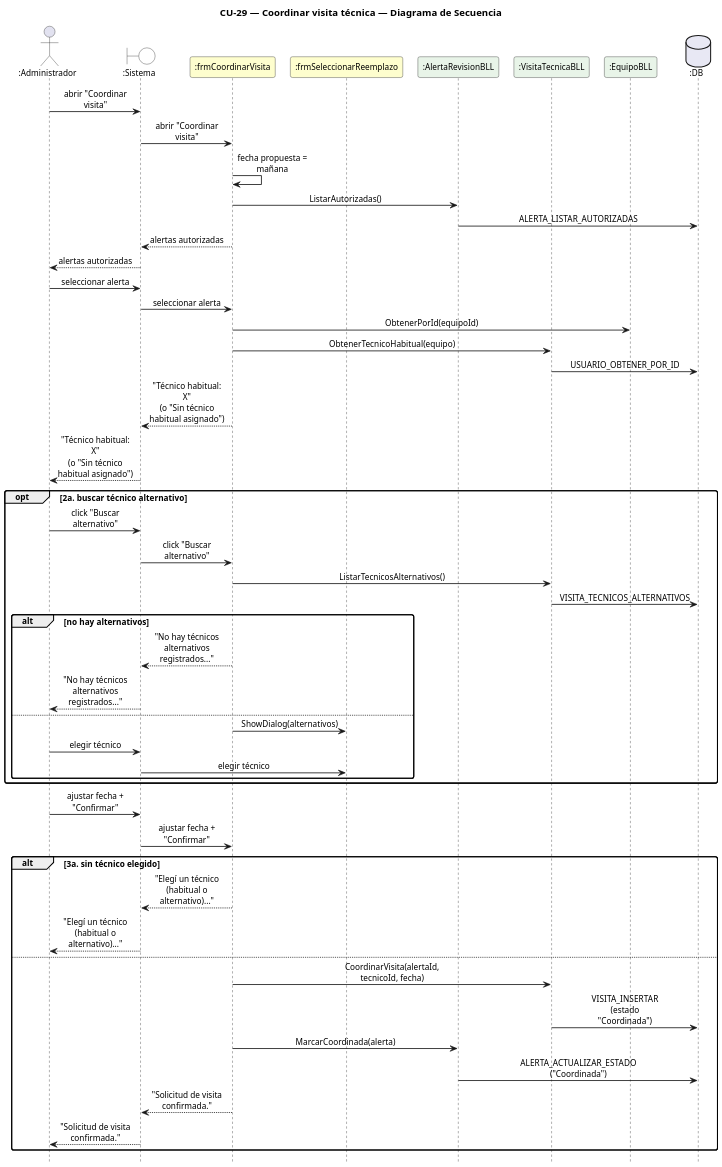
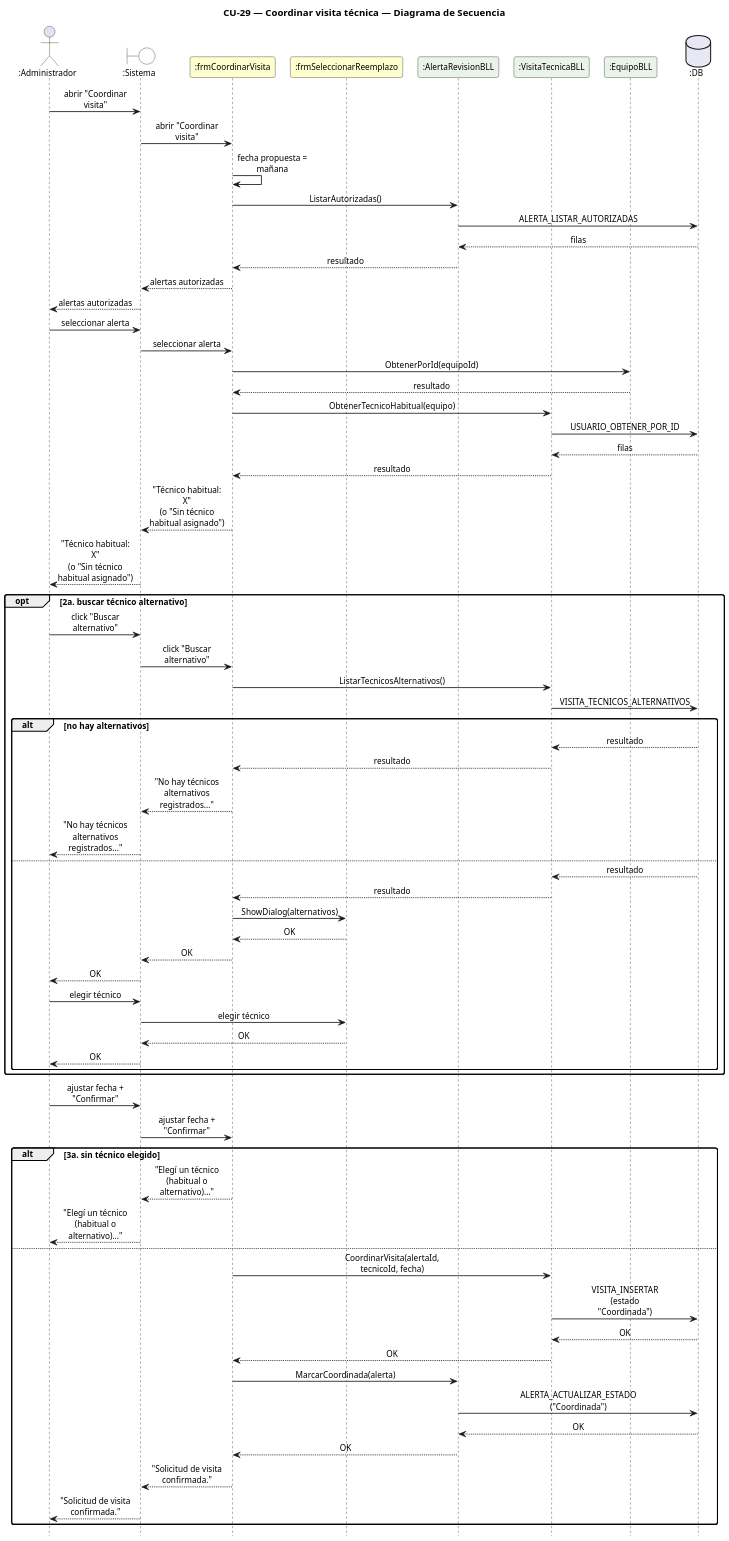
Before and after one commit to Urrels/ingenieria_software: the diagram in DIAGRAMAS/DiagramaSecuencia_CU29_CoordinarVisita.puml, drawn with PlantUML. The commit also changed 104 other files, not shown here.

First line of the commit message:
Instalador en un clic, retornos en los diagramas y CU separados en alta/baja/modificación

```diff
--- a/DIAGRAMAS/DiagramaSecuencia_CU29_CoordinarVisita.puml
+++ b/DIAGRAMAS/DiagramaSecuencia_CU29_CoordinarVisita.puml
@@ -1,67 +1,85 @@
 @startuml DiagramaSecuencia_CU29_CoordinarVisita
 
 title CU-29 — Coordinar visita técnica — Diagrama de Secuencia
 
 skinparam shadowing false
 skinparam roundcorner 6
 skinparam sequenceArrowThickness 1.2
 skinparam ParticipantPadding 6
 skinparam BoxPadding 4
 skinparam maxMessageSize 115
 skinparam sequenceMessageAlign center
 skinparam defaultFontSize 12
 skinparam dpi 140
 hide footbox
 
 actor ":Administrador" as A
 boundary ":Sistema" as SYS #FFFFFF
 participant ":frmCoordinarVisita" as F #FEFECE
 participant ":frmSeleccionarReemplazo" as SR #FEFECE
 participant ":AlertaRevisionBLL" as AB #E8F4E8
 participant ":VisitaTecnicaBLL" as VB #E8F4E8
 participant ":EquipoBLL" as EB #E8F4E8
 database ":DB" as DB #E8E8F4
 
 A -> SYS : abrir "Coordinar visita"
 SYS -> F : abrir "Coordinar visita"
 F -> F : fecha propuesta = mañana
 F -> AB : ListarAutorizadas()
 AB -> DB : ALERTA_LISTAR_AUTORIZADAS
+DB --> AB : filas
+AB --> F : resultado
 F --> SYS : alertas autorizadas
 SYS --> A : alertas autorizadas
 A -> SYS : seleccionar alerta
 SYS -> F : seleccionar alerta
 F -> EB : ObtenerPorId(equipoId)
+EB --> F : resultado
 F -> VB : ObtenerTecnicoHabitual(equipo)
 VB -> DB : USUARIO_OBTENER_POR_ID
+DB --> VB : filas
+VB --> F : resultado
 F --> SYS : "Técnico habitual: X"\n(o "Sin técnico habitual asignado")
 SYS --> A : "Técnico habitual: X"\n(o "Sin técnico habitual asignado")
 opt 2a. buscar técnico alternativo
   A -> SYS : click "Buscar alternativo"
   SYS -> F : click "Buscar alternativo"
   F -> VB : ListarTecnicosAlternativos()
   VB -> DB : VISITA_TECNICOS_ALTERNATIVOS
   alt no hay alternativos
+    DB --> VB : resultado
+    VB --> F : resultado
     F --> SYS : "No hay técnicos alternativos registrados..."
     SYS --> A : "No hay técnicos alternativos registrados..."
   else
+    DB --> VB : resultado
+    VB --> F : resultado
     F -> SR : ShowDialog(alternativos)
+    SR --> F : OK
+    F --> SYS : OK
+    SYS --> A : OK
     A -> SYS : elegir técnico
     SYS -> SR : elegir técnico
+    SR --> SYS : OK
+    SYS --> A : OK
   end
 end
 A -> SYS : ajustar fecha + "Confirmar"
 SYS -> F : ajustar fecha + "Confirmar"
 alt 3a. sin técnico elegido
   F --> SYS : "Elegí un técnico (habitual o alternativo)..."
   SYS --> A : "Elegí un técnico (habitual o alternativo)..."
 else
   F -> VB : CoordinarVisita(alertaId, tecnicoId, fecha)
   VB -> DB : VISITA_INSERTAR (estado "Coordinada")
+  DB --> VB : OK
+  VB --> F : OK
   F -> AB : MarcarCoordinada(alerta)
   AB -> DB : ALERTA_ACTUALIZAR_ESTADO ("Coordinada")
+  DB --> AB : OK
+  AB --> F : OK
   F --> SYS : "Solicitud de visita confirmada."
   SYS --> A : "Solicitud de visita confirmada."
 end
 
 @enduml
```
